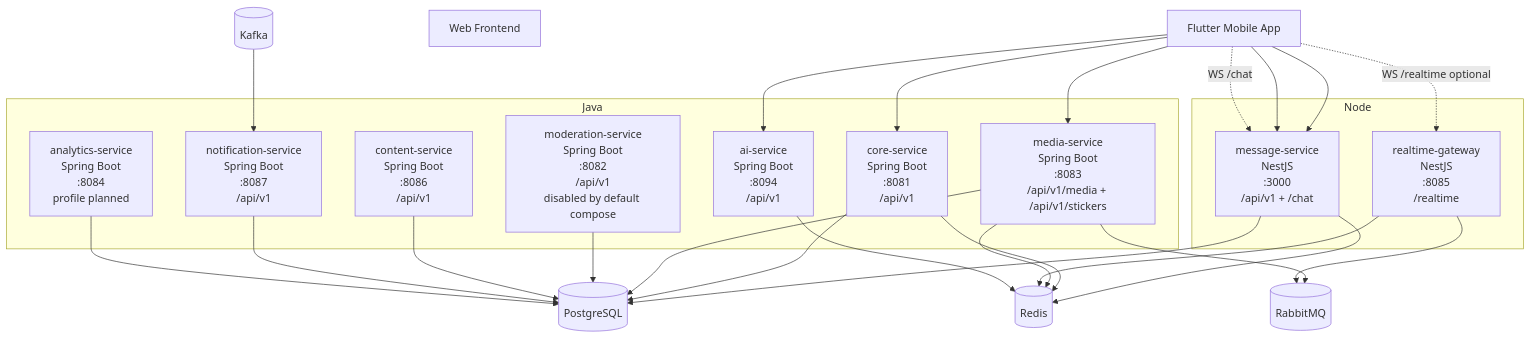
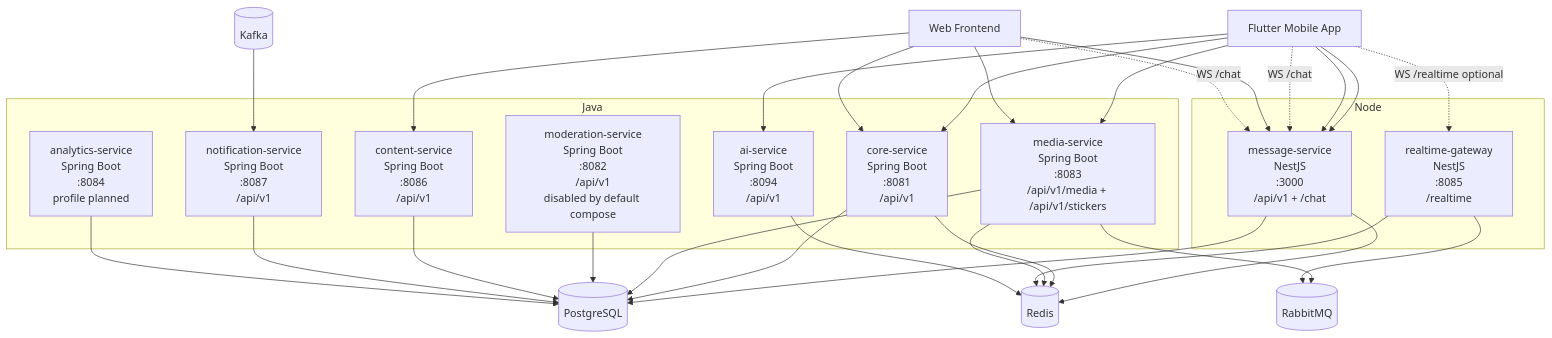
One commit to CNM-DHKTPM18A-2526/CNM-VNALO changed the first of 4 diagrams in docs/sdd/layer-0/ARCHITECTURE_BLUEPRINT.md. Above: the diagram before and after it, drawn with Mermaid. The commit also changed 2 other files, not shown here.

Commit message:
docs: update architecture blueprint and API reference catalog, add new endpoints and legacy schema notice

````diff
--- a/docs/sdd/layer-0/ARCHITECTURE_BLUEPRINT.md
+++ b/docs/sdd/layer-0/ARCHITECTURE_BLUEPRINT.md
@@ -8,51 +8,57 @@
 ```mermaid
 flowchart TB
     Mobile[Flutter Mobile App]
     Web[Web Frontend]
 
     subgraph Node
       Msg[message-service\nNestJS\n:3000\n/api/v1 + /chat]
       RT[realtime-gateway\nNestJS\n:8085\n/realtime]
     end
 
     subgraph Java
       Core[core-service\nSpring Boot\n:8081\n/api/v1]
       Media[media-service\nSpring Boot\n:8083\n/api/v1/media + /api/v1/stickers]
       Mod[moderation-service\nSpring Boot\n:8082\n/api/v1\ndisabled by default compose]
       Content[content-service\nSpring Boot\n:8086\n/api/v1]
       Notif[notification-service\nSpring Boot\n:8087\n/api/v1]
       AI[ai-service\nSpring Boot\n:8094\n/api/v1]
       Ana[analytics-service\nSpring Boot\n:8084\nprofile planned]
     end
 
     PG[(PostgreSQL)]
     Redis[(Redis)]
     Kafka[(Kafka)]
     Rabbit[(RabbitMQ)]
 
     Mobile --> Core
     Mobile --> Msg
     Mobile --> Media
     Mobile --> AI
     Mobile --> Msg
     Mobile -. WS /chat .-> Msg
     Mobile -. WS /realtime optional .-> RT
 
+    Web --> Core
+    Web --> Msg
+    Web --> Media
+    Web --> Content
+    Web -. WS /chat .-> Msg
+
     Msg --> PG
     Core --> PG
     Media --> PG
     Mod --> PG
     Content --> PG
     Notif --> PG
     Ana --> PG
 
     Msg --> Redis
     Core --> Redis
     Media --> Redis
     RT --> Redis
     AI --> Redis
 
     Kafka --> Notif
     Media --> Rabbit
     RT --> Rabbit
 ```
````
